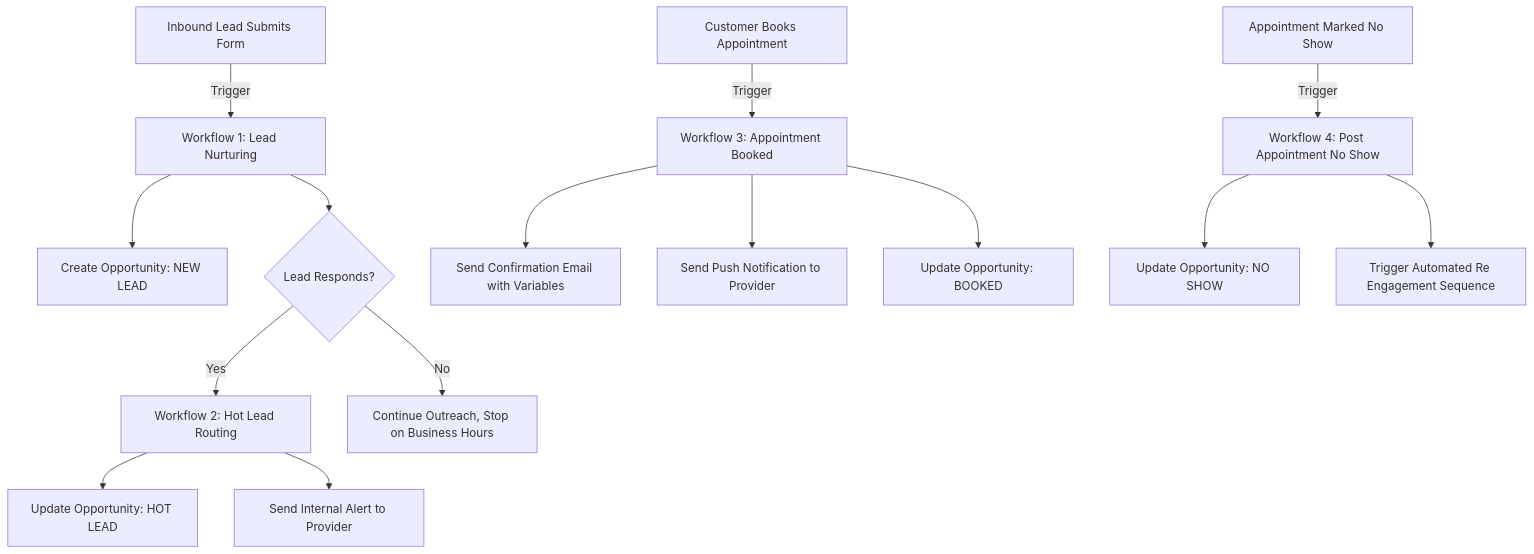
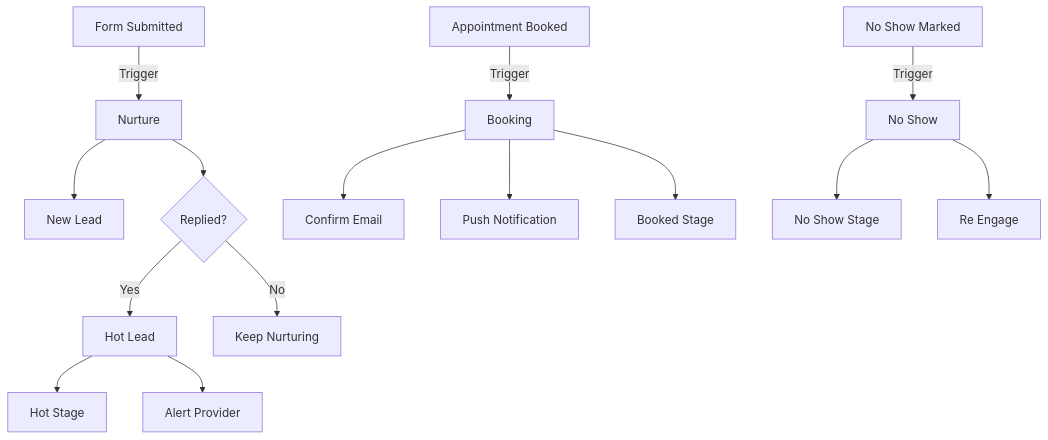
The first of 5 diagrams in content/articles/high-performance-gohighlevel-workflows.md (DerrickMits/ledger_article_site), drawn with Mermaid before and after one commit. The commit also changed other lines of this file, not shown here.

First line of the commit message:
Trim all mermaid node labels to max 3 words for perfect fit

````diff
--- a/content/articles/high-performance-gohighlevel-workflows.md
+++ b/content/articles/high-performance-gohighlevel-workflows.md
@@ -16,19 +16,19 @@
 ```mermaid
 graph TD
-    A[Inbound Lead Submits Form] -->|Trigger| WF1[Workflow 1: Lead Nurturing]
-    WF1 --> B[Create Opportunity: NEW LEAD]
-    WF1 --> C{Lead Responds?}
-    C -->|Yes| WF2[Workflow 2: Hot Lead Routing]
-    C -->|No| D[Continue Outreach, Stop on Business Hours]
-    WF2 --> E[Update Opportunity: HOT LEAD]
-    WF2 --> F[Send Internal Alert to Provider]
+    A[Form Submitted] -->|Trigger| WF1[Nurture]
+    WF1 --> B[New Lead]
+    WF1 --> C{Replied?}
+    C -->|Yes| WF2[Hot Lead]
+    C -->|No| D[Keep Nurturing]
+    WF2 --> E[Hot Stage]
+    WF2 --> F[Alert Provider]
 
-    A2[Customer Books Appointment] -->|Trigger| WF3[Workflow 3: Appointment Booked]
-    WF3 --> G[Send Confirmation Email with Variables]
-    WF3 --> H[Send Push Notification to Provider]
-    WF3 --> I[Update Opportunity: BOOKED]
+    A2[Appointment Booked] -->|Trigger| WF3[Booking]
+    WF3 --> G[Confirm Email]
+    WF3 --> H[Push Notification]
+    WF3 --> I[Booked Stage]
 
-    G2[Appointment Marked No Show] -->|Trigger| WF4[Workflow 4: Post Appointment No Show]
-    WF4 --> J[Update Opportunity: NO SHOW]
-    WF4 --> K[Trigger Automated Re Engagement Sequence]
+    G2[No Show Marked] -->|Trigger| WF4[No Show]
+    WF4 --> J[No Show Stage]
+    WF4 --> K[Re Engage]
 ```
````
